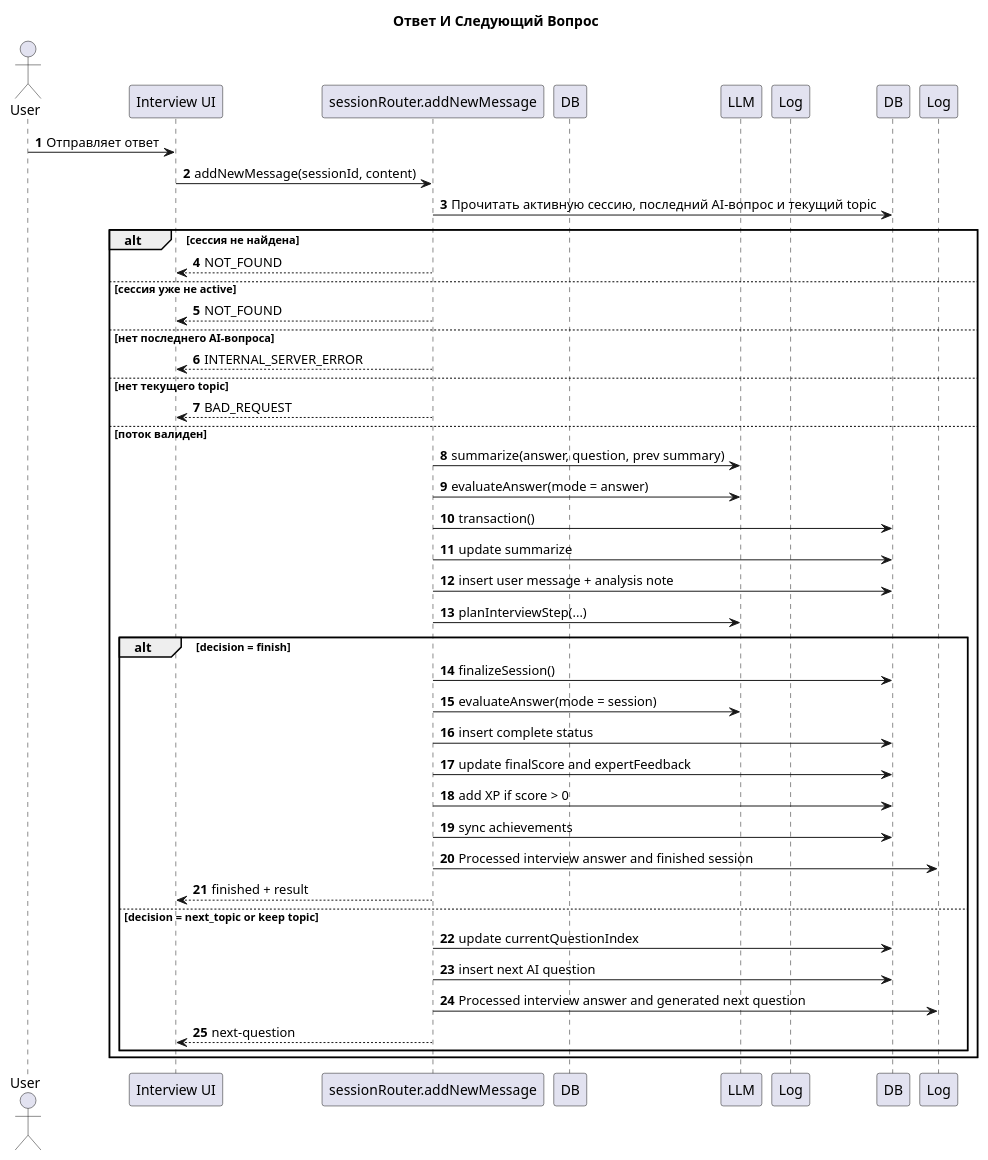
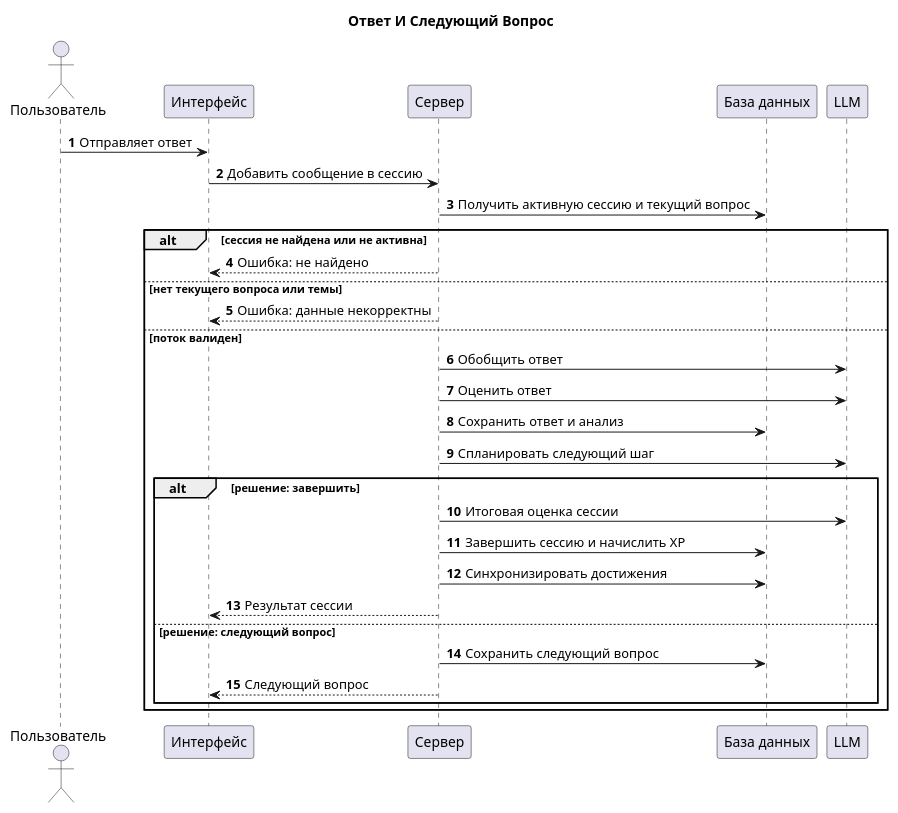
One commit to nifle3/diplom_work changed the diagram in docs/sequence/02_interview_session_answer.puml. Above: the diagram before and after it, drawn with PlantUML. The commit also changed 4 other files, not shown here.

Commit message:
update sequence

```diff
--- a/docs/sequence/02_interview_session_answer.puml
+++ b/docs/sequence/02_interview_session_answer.puml
@@ -1,50 +1,39 @@
 @startuml 02_interview_session_answer
 title Ответ И Следующий Вопрос
 
+skinparam backgroundColor white
+
 autonumber
 
-actor User
-participant UI as "Interview UI"
-participant API as "sessionRouter.addNewMessage"
-participant DB as Postgres
-participant LLM as LLM
-participant Log as Logger
+actor Пользователь
+participant UI as "Интерфейс"
+participant Server as "Сервер"
+participant DB as "База данных"
+participant LLM as "LLM"
 
-User -> UI: Отправляет ответ
-UI -> API: addNewMessage(sessionId, content)
-API -> DB: Прочитать активную сессию, последний AI-вопрос и текущий topic
+Пользователь -> UI: Отправляет ответ
+UI -> Server: Добавить сообщение в сессию
+Server -> DB: Получить активную сессию и текущий вопрос
 
-alt сессия не найдена
-    API --> UI: NOT_FOUND
-else сессия уже не active
-    API --> UI: NOT_FOUND
-else нет последнего AI-вопроса
-    API --> UI: INTERNAL_SERVER_ERROR
-else нет текущего topic
-    API --> UI: BAD_REQUEST
+alt сессия не найдена или не активна
+    Server --> UI: Ошибка: не найдено
+else нет текущего вопроса или темы
+    Server --> UI: Ошибка: данные некорректны
 else поток валиден
-    API -> LLM: summarize(answer, question, prev summary)
-    API -> LLM: evaluateAnswer(mode = answer)
-    API -> DB: transaction()
-    API -> DB: update summarize
-    API -> DB: insert user message + analysis note
-    API -> LLM: planInterviewStep(...)
+    Server -> LLM: Обобщить ответ
+    Server -> LLM: Оценить ответ
+    Server -> DB: Сохранить ответ и анализ
+    Server -> LLM: Спланировать следующий шаг
 
-    alt decision = finish
-        API -> DB: finalizeSession()
-        API -> LLM: evaluateAnswer(mode = session)
-        API -> DB: insert complete status
-        API -> DB: update finalScore and expertFeedback
-        API -> DB: add XP if score > 0
-        API -> DB: sync achievements
-        API -> Log: Processed interview answer and finished session
-        API --> UI: finished + result
-    else decision = next_topic or keep topic
-        API -> DB: update currentQuestionIndex
-        API -> DB: insert next AI question
-        API -> Log: Processed interview answer and generated next question
-        API --> UI: next-question
+    alt решение: завершить
+        Server -> LLM: Итоговая оценка сессии
+        Server -> DB: Завершить сессию и начислить XP
+        Server -> DB: Синхронизировать достижения
+        Server --> UI: Результат сессии
+    else решение: следующий вопрос
+        Server -> DB: Сохранить следующий вопрос
+        Server --> UI: Следующий вопрос
     end
 end
 
 @enduml
```
